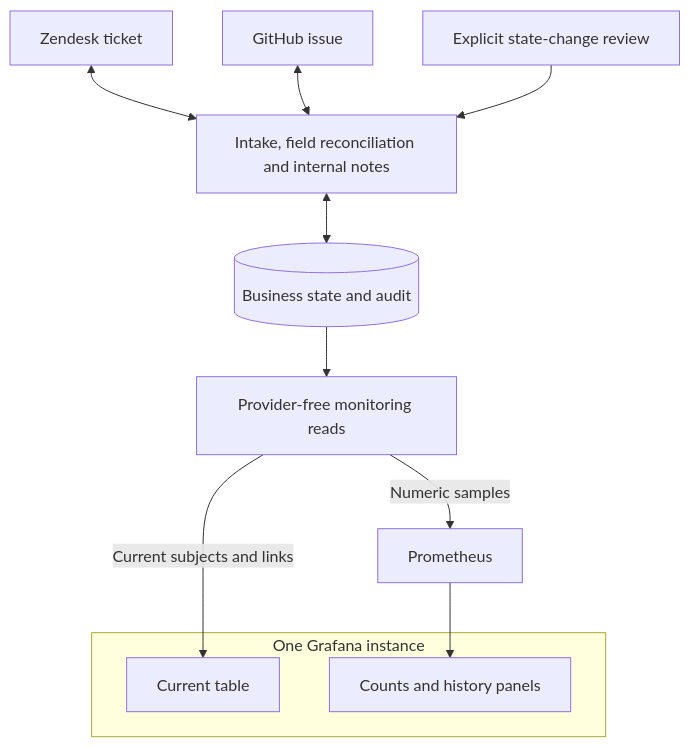
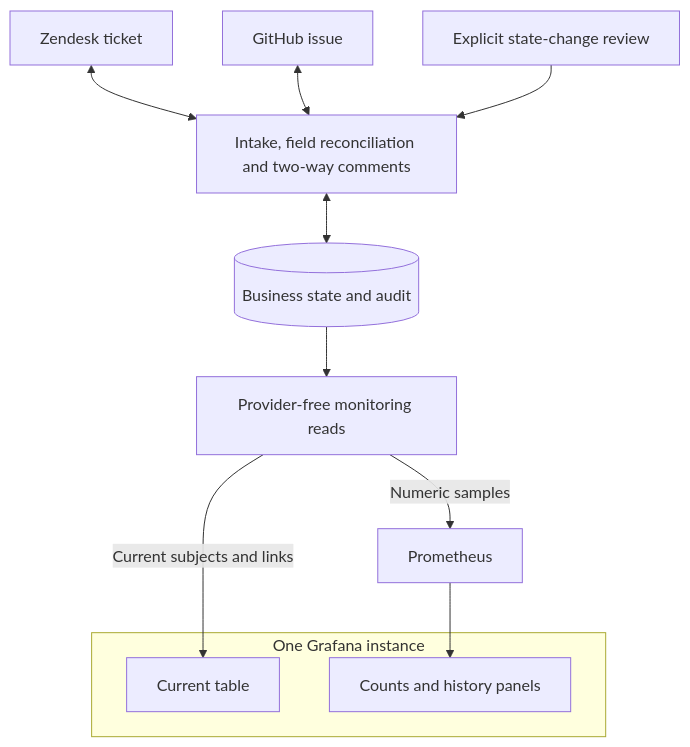
The diagram in README.md (AlbertFlorescu/support-bridge), drawn with Mermaid before and after one commit. The commit also changed other lines of this file and 72 other files, not shown here.

Commit message:
Add two-way escalation conversations (#39)

````diff
--- a/README.md
+++ b/README.md
@@ -93,15 +100,15 @@
 ```mermaid
 flowchart TB
-    ZD["Zendesk ticket"] <--> Workflow["Intake, field reconciliation and internal notes"]
+    ZD["Zendesk ticket"] <--> Workflow["Intake, field reconciliation and two-way comments"]
     GH["GitHub issue"] <--> Workflow
     Operator["Explicit state-change review"] --> Workflow
     Workflow <--> Store[("Business state and audit")]
     Store --> API["Provider-free monitoring reads"]
     API -->|"Current subjects and links"| Table
     API -->|"Numeric samples"| Prometheus
     Prometheus --> History
     subgraph Grafana["One Grafana instance"]
         Table["Current table"]
         History["Counts and history panels"]
     end
 ```
````
